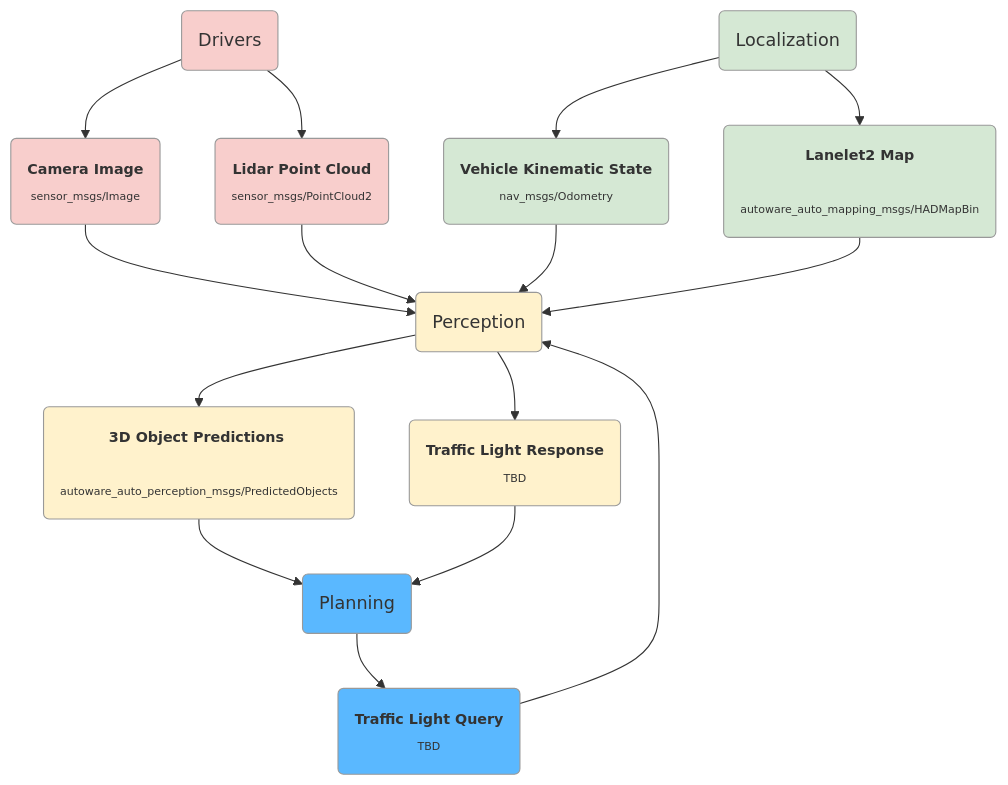
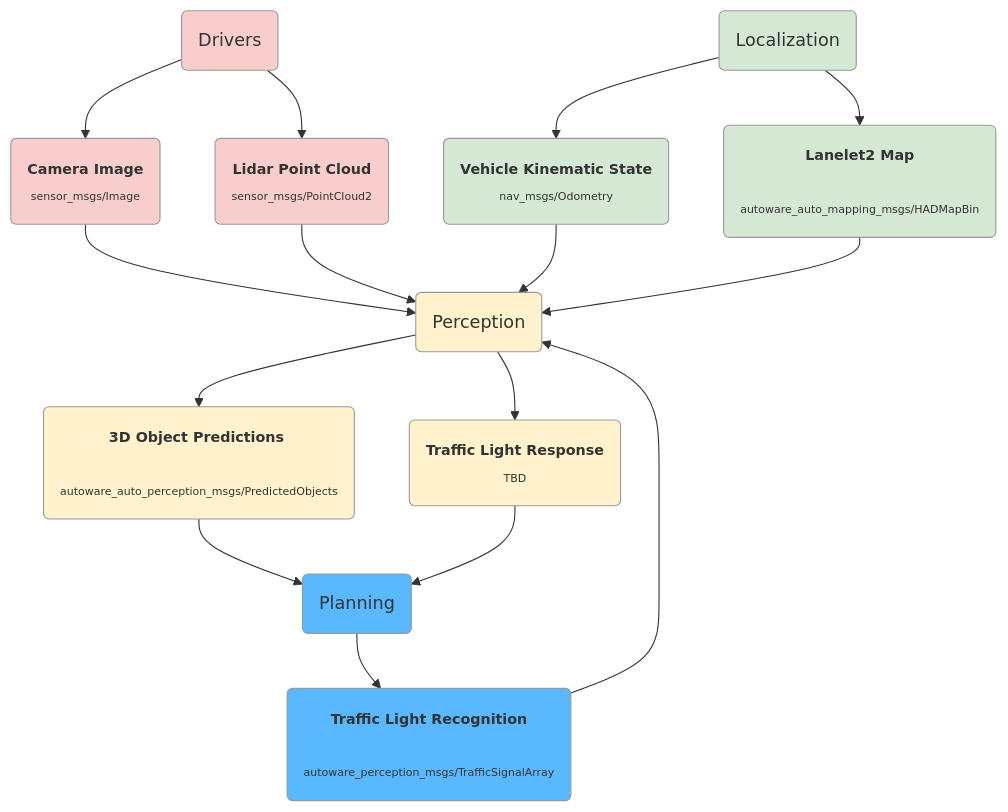
Before and after one commit to autowarefoundation/autoware-documentation: the diagram in docs/design/autoware-interfaces/components/perception-interface.md, drawn with Mermaid.

````diff
--- a/docs/design/autoware-interfaces/components/perception-interface.md
+++ b/docs/design/autoware-interfaces/components/perception-interface.md
@@ -3,43 +3,43 @@
 ```mermaid
 graph TD
     cmp_drv("Drivers"):::cls_drv
     cmp_loc("Localization"):::cls_loc
     cmp_per("Perception"):::cls_per
     cmp_plan("Planning"):::cls_plan
 
     msg_img("<font size=2><b>Camera Image</b></font size>
     <font size=1>sensor_msgs/Image</font size>"):::cls_drv
 
     msg_ldr("<font size=2><b>Lidar Point Cloud</b></font size>
     <font size=1>sensor_msgs/PointCloud2</font size>"):::cls_drv
 
     msg_lanenet("<font size=2><b>Lanelet2 Map</b></font size>
     <font size=1>autoware_auto_mapping_msgs/HADMapBin</font size>"):::cls_loc
     
     msg_vks("<font size=2><b>Vehicle Kinematic State</b></font size>
     <font size=1>nav_msgs/Odometry</font size>"):::cls_loc
 
     msg_obj("<font size=2><b>3D Object Predictions </b></font size>
     <font size=1>autoware_auto_perception_msgs/PredictedObjects</font size>"):::cls_per
     
     msg_tl("<font size=2><b>Traffic Light Response </b></font size>
     <font size=1>TBD</font size>"):::cls_per
 
-    msg_tq("<font size=2><b>Traffic Light Query </b></font size>
-    <font size=1>TBD</font size>"):::cls_plan
+    msg_tq("<font size=2><b>Traffic Light Recognition</b></font size>
+    <font size=1>autoware_perception_msgs/TrafficSignalArray</font size>"):::cls_plan
     
 
     cmp_drv --> msg_img --> cmp_per
     cmp_drv --> msg_ldr --> cmp_per
     cmp_per --> msg_obj --> cmp_plan
     cmp_per --> msg_tl --> cmp_plan
     cmp_plan --> msg_tq -->cmp_per
 
     cmp_loc --> msg_vks --> cmp_per
     cmp_loc --> msg_lanenet --> cmp_per
 
 classDef cls_drv fill:#F8CECC,stroke:#999,stroke-width:1px;
 classDef cls_loc fill:#D5E8D4,stroke:#999,stroke-width:1px;
 classDef cls_per fill:#FFF2CC,stroke:#999,stroke-width:1px;
 classDef cls_plan fill:#5AB8FF,stroke:#999,stroke-width:1px;
 ```
````
